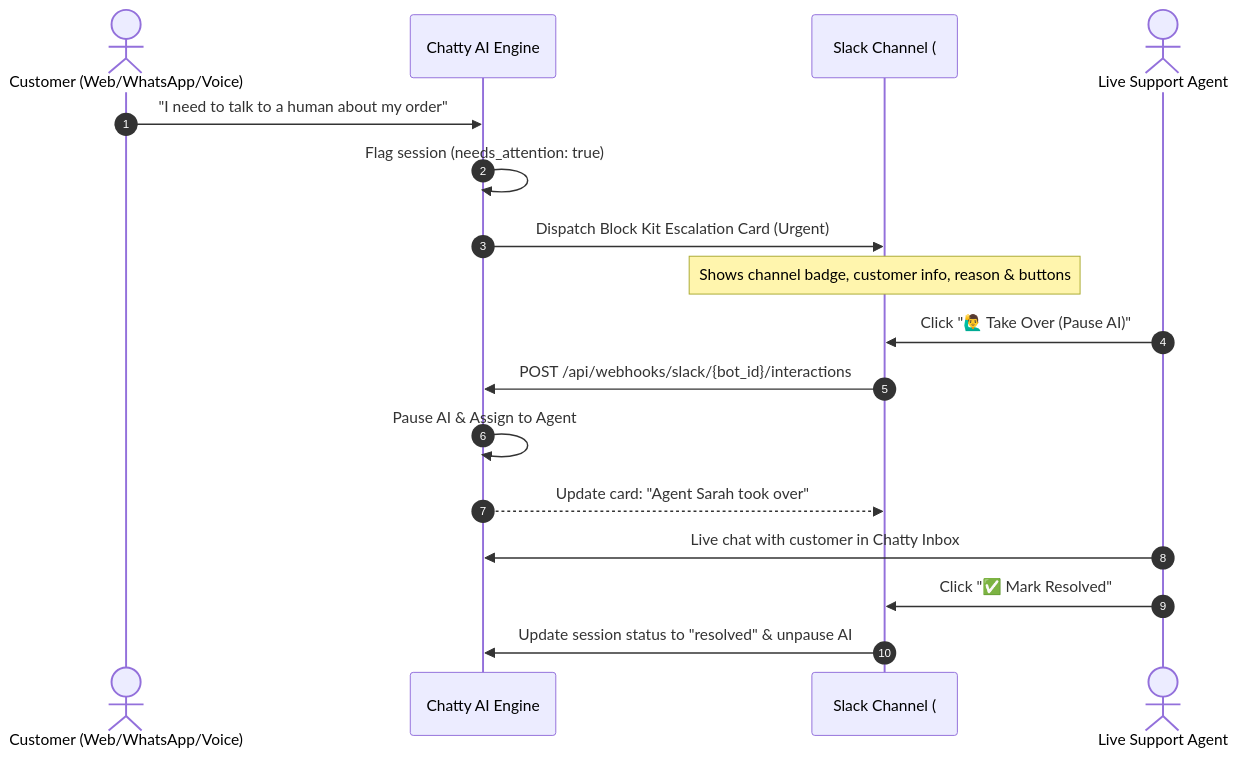
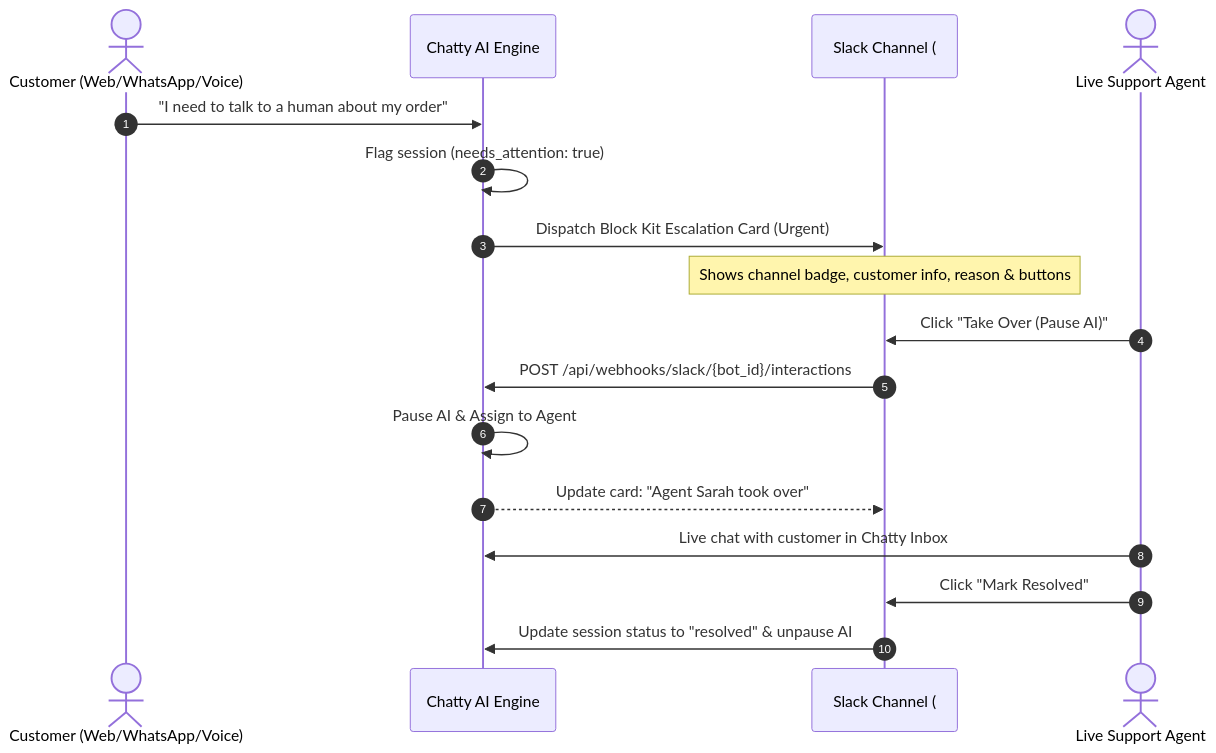
One commit to PersonaliAI/chatty-docs changed the diagram in src/app/(docs)/guides/slack/page.mdx. Above: the diagram before and after it, drawn with Mermaid. The commit also changed other lines of this file and 30 other files, not shown here.

````diff
--- a/src/app/(docs)/guides/slack/page.mdx
+++ b/src/app/(docs)/guides/slack/page.mdx
@@ -16,20 +16,20 @@
 ```mermaid
 sequenceDiagram
   autonumber
   actor Customer as Customer (Web/WhatsApp/Voice)
   participant Chatty as Chatty AI Engine
   participant Slack as Slack Channel (#support)
   actor Agent as Live Support Agent
 
   Customer->>Chatty: "I need to talk to a human about my order"
   Chatty->>Chatty: Flag session (needs_attention: true)
   Chatty->>Slack: Dispatch Block Kit Escalation Card (Urgent)
   Note over Slack: Shows channel badge, customer info, reason & buttons
-  Agent->>Slack: Click "🙋‍♂️ Take Over (Pause AI)"
+  Agent->>Slack: Click "Take Over (Pause AI)"
   Slack->>Chatty: POST /api/webhooks/slack/{bot_id}/interactions
   Chatty->>Chatty: Pause AI & Assign to Agent
   Chatty-->>Slack: Update card: "Agent Sarah took over"
   Agent->>Chatty: Live chat with customer in Chatty Inbox
-  Agent->>Slack: Click "✅ Mark Resolved"
+  Agent->>Slack: Click "Mark Resolved"
   Slack->>Chatty: Update session status to "resolved" & unpause AI
 ```
````
